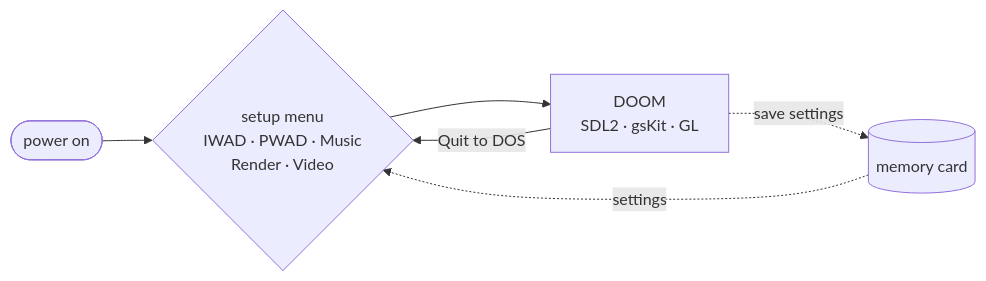
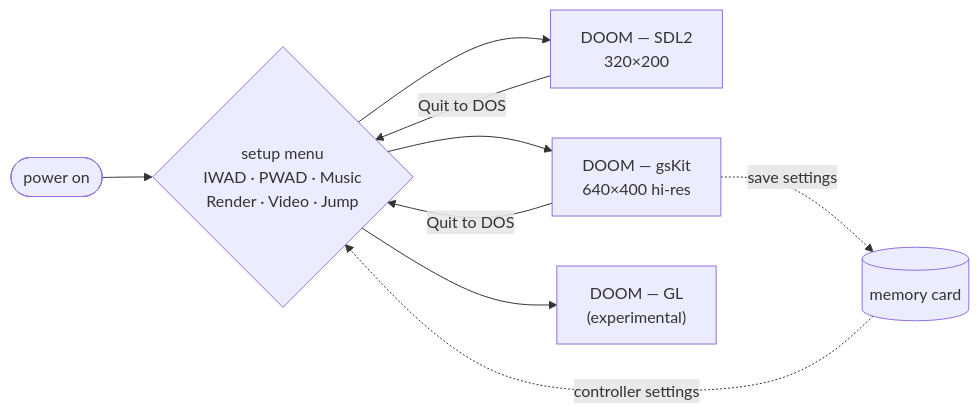
Before and after one commit to Stayhye/ps2oom: the first of 2 diagrams in README.md, drawn with Mermaid. The commit also changed other lines of this file and 1 other file, not shown here.

First line of the commit message:
docs: hi-res (640x400), jump, new controls, gsiso, EE serial log; rename

````diff
--- a/README.md
+++ b/README.md
@@ -54,8 +63,11 @@
 ```mermaid
 flowchart LR
-  BOOT(["power on"]) --> MENU{"setup menu<br/>IWAD · PWAD · Music<br/>Render · Video"}
-  MC[("memory card")] -. settings .-> MENU
-  MENU --> GAME["DOOM<br/>SDL2 · gsKit · GL"]
-  GAME -- "Quit to DOS" --> MENU
-  GAME -. "save settings" .-> MC
+  BOOT(["power on"]) --> MENU{"setup menu<br/>IWAD · PWAD · Music<br/>Render · Video · Jump"}
+  MC[("memory card")] -. controller settings .-> MENU
+  MENU --> SDL["DOOM — SDL2<br/>320×200"]
+  MENU --> GS["DOOM — gsKit<br/>640×400 hi-res"]
+  MENU --> GL["DOOM — GL<br/>(experimental)"]
+  SDL -- "Quit to DOS" --> MENU
+  GS  -- "Quit to DOS" --> MENU
+  GS  -. "save settings" .-> MC
 ```
````
